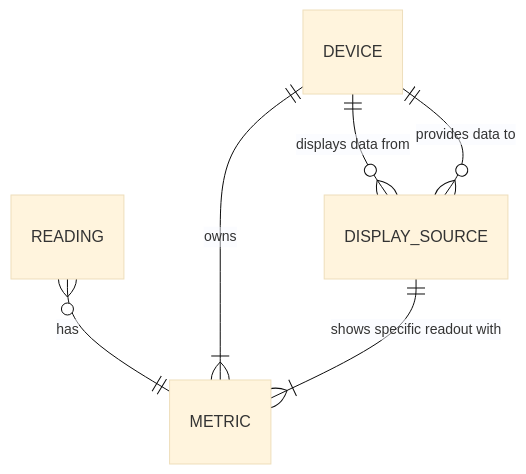
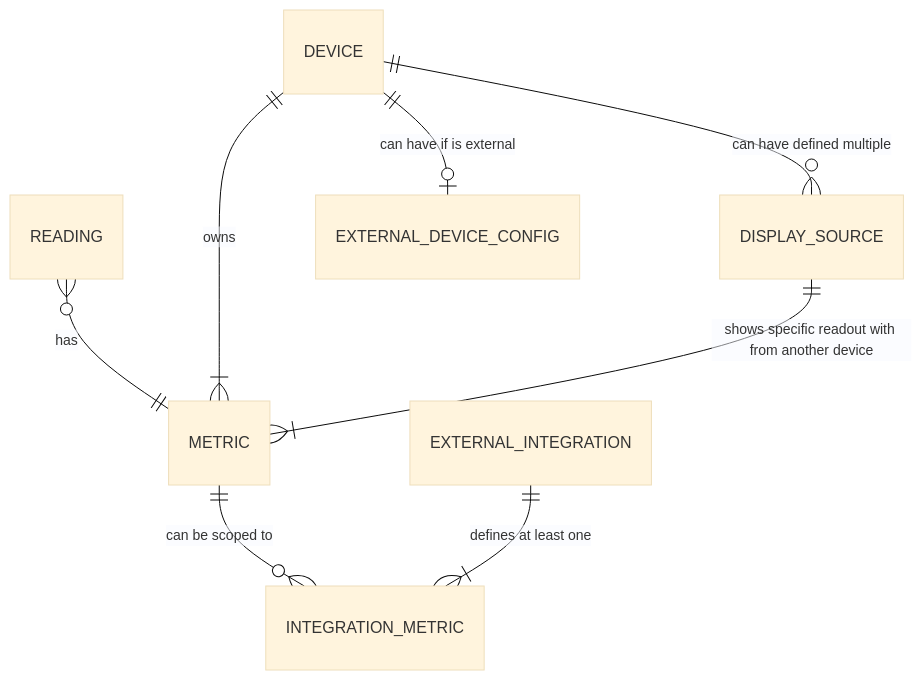
One commit to RobertNeat/NautilusHubWeb changed the diagram in domain_scope/database_abstract.md. Above: the diagram before and after it, drawn with Mermaid (base theme). The commit also changed other lines of this file, not shown here.

````diff
--- a/domain_scope/database_abstract.md
+++ b/domain_scope/database_abstract.md
@@ -9,11 +17,13 @@
 ```mermaid
 erDiagram
 
     READING }o--|| METRIC  : "has"
     DEVICE ||--|{ METRIC : "owns"
 
-    DEVICE ||--o{ DISPLAY_SOURCE : "displays data from"
-    DEVICE ||--o{ DISPLAY_SOURCE : "provides data to"
+    DEVICE ||--o{ DISPLAY_SOURCE : "can have defined multiple"
+    DISPLAY_SOURCE ||--|{ METRIC : "shows specific readout with from another device"
+    DEVICE ||--o| EXTERNAL_DEVICE_CONFIG : "can have if is external"
 
-    DISPLAY_SOURCE ||--|{ METRIC : "shows specific readout with"
+    METRIC ||--o{ INTEGRATION_METRIC : "can be scoped to"
+    EXTERNAL_INTEGRATION ||--|{ INTEGRATION_METRIC : "defines at least one"
 ```
````
